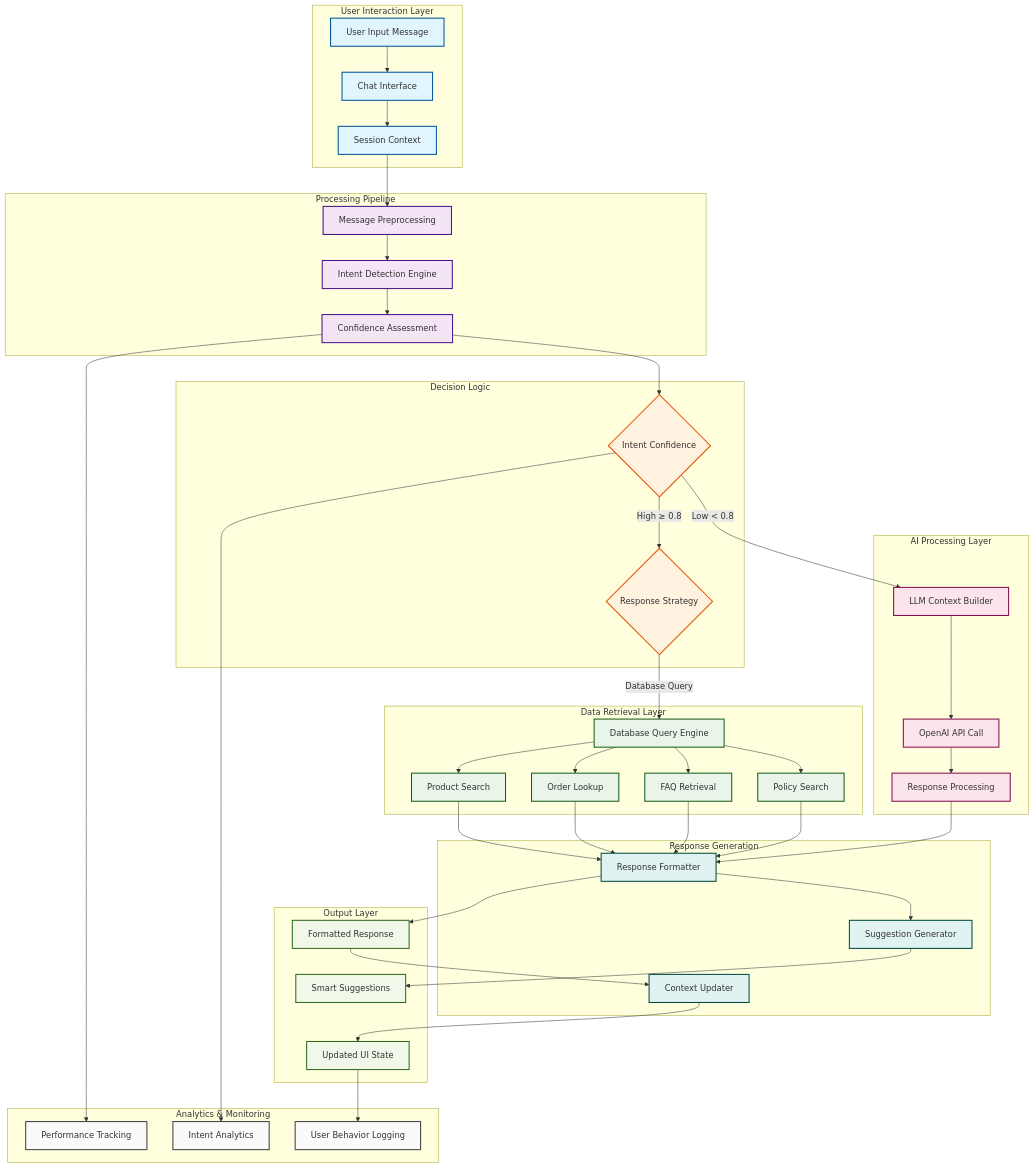
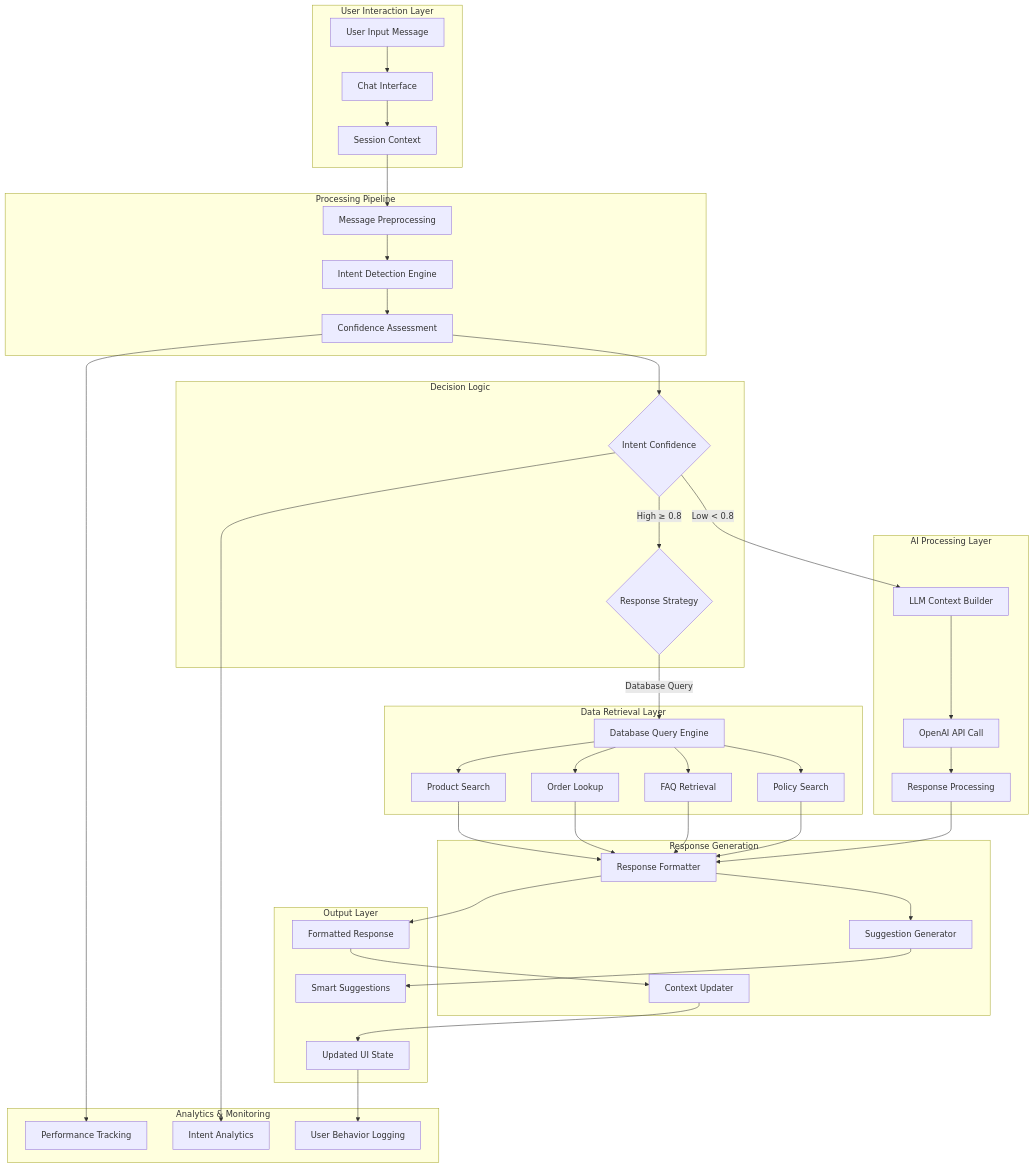
The third of 21 diagrams in submission.md (RensithUdara/Customer-Support-Chatbot), drawn with Mermaid before and after one commit.

Commit message:
chore: Simplify data flow diagram by removing redundant comments and styling definitions

````diff
--- a/submission.md
+++ b/submission.md
@@ -229,7 +229,6 @@
         Y[User Behavior Logging]
     end
     
-    %% Main Flow
     A --> B
     B --> C
     C --> D
@@ -237,7 +236,6 @@
     E --> F
     F --> G
     
-    %% High Confidence Path
     G -->|High ≥ 0.8| H
     H -->|Database Query| I
     I --> J
@@ -245,46 +243,23 @@
     I --> L
     I --> M
     
-    %% Low Confidence Path
     G -->|Low < 0.8| N
     N --> O
     O --> P
     
-    %% Convergence
     J --> Q
     K --> Q
     L --> Q
     M --> Q
     P --> Q
     
-    %% Final Output
     Q --> T
     Q --> R
     R --> U
     T --> S
     S --> V
     
-    %% Analytics Integration
     F --> W
     G --> X
     V --> Y
-    
-    %% Styling
-    classDef userLayer fill:#e1f5fe,stroke:#01579b,stroke-width:2px
-    classDef processLayer fill:#f3e5f5,stroke:#4a148c,stroke-width:2px
-    classDef decisionLayer fill:#fff3e0,stroke:#e65100,stroke-width:2px
-    classDef dataLayer fill:#e8f5e8,stroke:#1b5e20,stroke-width:2px
-    classDef aiLayer fill:#fce4ec,stroke:#880e4f,stroke-width:2px
-    classDef responseLayer fill:#e0f2f1,stroke:#004d40,stroke-width:2px
-    classDef outputLayer fill:#f1f8e9,stroke:#33691e,stroke-width:2px
-    classDef analyticsLayer fill:#fafafa,stroke:#424242,stroke-width:2px
-    
-    class A,B,C userLayer
-    class D,E,F processLayer
-    class G,H decisionLayer
-    class I,J,K,L,M dataLayer
-    class N,O,P aiLayer
-    class Q,R,S responseLayer
-    class T,U,V outputLayer
-    class W,X,Y analyticsLayer
 ```
````
